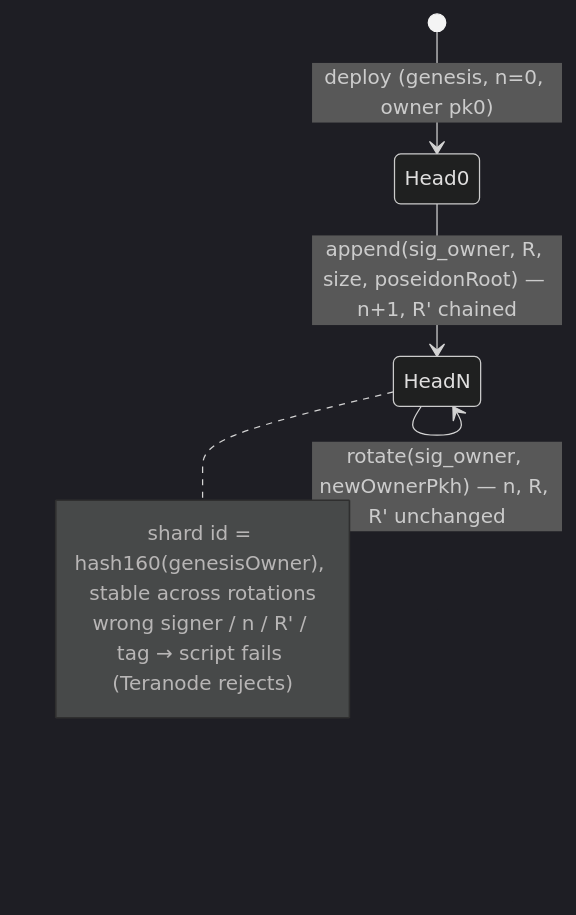
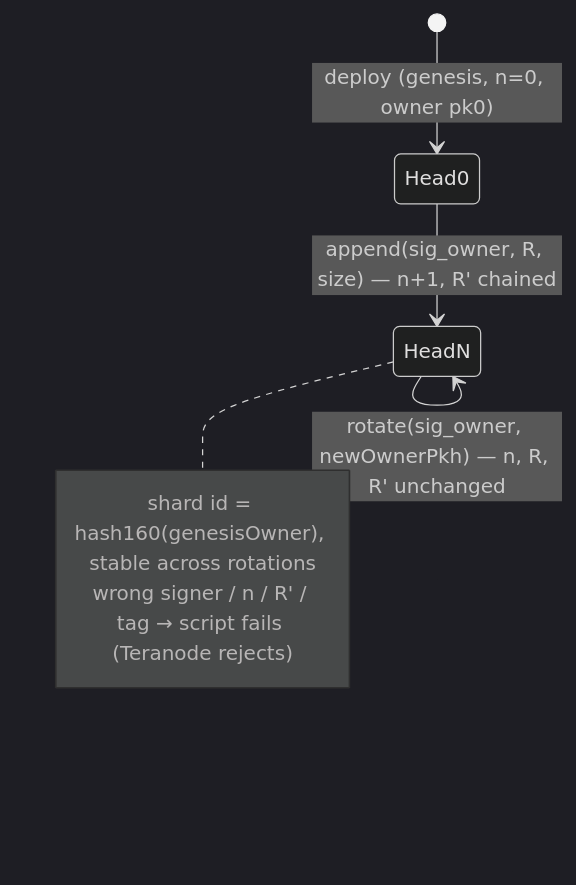
Before and after one commit to kryptokrates/nektar: the fifth of 14 diagrams in docs/ARCHITECTURE.md, drawn with Mermaid (dark theme). The commit also changed other lines of this file and 9 other files, not shown here.

````diff
--- a/docs/ARCHITECTURE.md
+++ b/docs/ARCHITECTURE.md
@@ -130,11 +130,11 @@
 ```mermaid
 stateDiagram-v2
   [*] --> Head0: deploy (genesis, n=0, owner pk0)
-  Head0 --> HeadN: append(sig_owner, R, size, poseidonRoot) — n+1, R' chained
+  Head0 --> HeadN: append(sig_owner, R, size) — n+1, R' chained
   HeadN --> HeadN: append — spends the head UTXO (no fork possible)
   HeadN --> HeadN: rotate(sig_owner, newOwnerPkh) — n, R, R' unchanged
   note right of HeadN
     shard id = hash160(genesisOwner), stable across rotations
     wrong signer / n / R' / tag → script fails (Teranode rejects)
   end note
 ```
````
